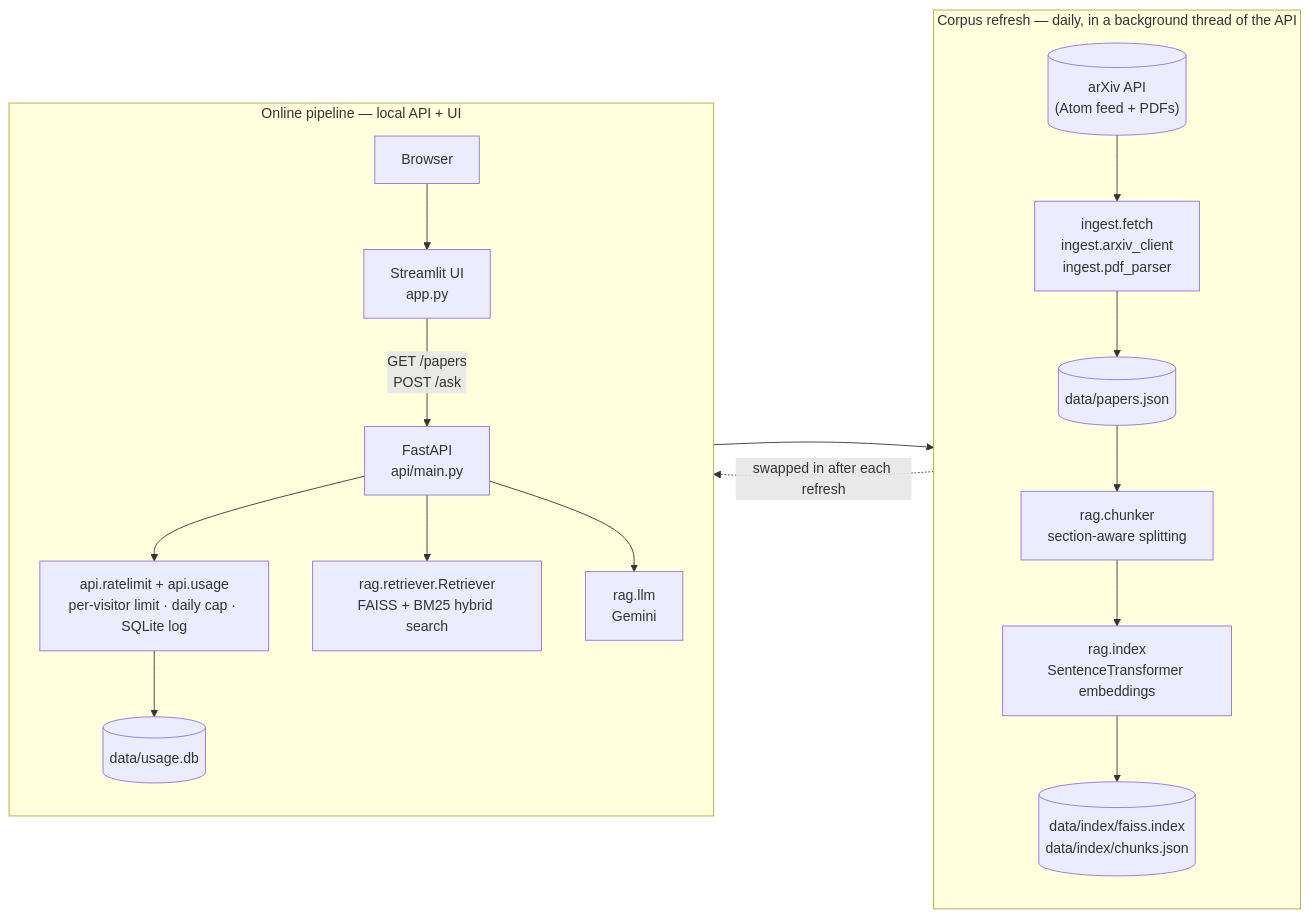
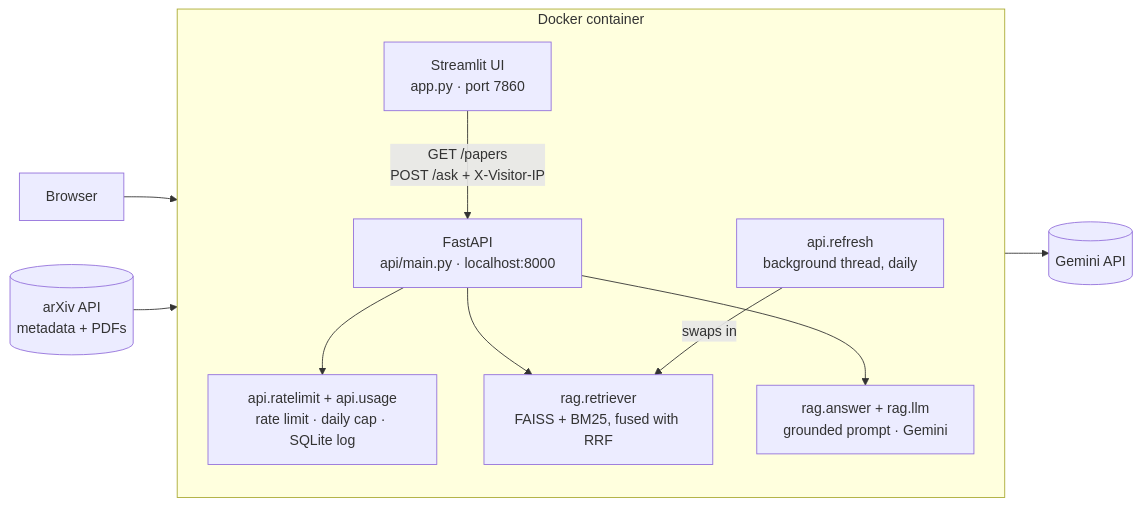
One commit to anastber/arxiv-research-radar changed the first of 2 diagrams in README.md. Above: the diagram before and after it, drawn with Mermaid. The commit also changed other lines of this file and 2 other files, not shown here.

First line of the commit message:
docs: rewrite README for the current architecture, drop unused files

````diff
--- a/README.md
+++ b/README.md
@@ -79,24 +39,14 @@
 ```mermaid
 flowchart LR
-    subgraph Offline["Corpus refresh — daily, in a background thread of the API"]
+    subgraph Container["Docker container"]
         direction TB
-        Arxiv[("arXiv API<br/>(Atom feed + PDFs)")] --> Fetch["ingest.fetch<br/>ingest.arxiv_client<br/>ingest.pdf_parser"]
-        Fetch --> Papers[("data/papers.json")]
-        Papers --> Chunk["rag.chunker<br/>section-aware splitting"]
-        Chunk --> Index["rag.index<br/>SentenceTransformer embeddings"]
-        Index --> Store[("data/index/faiss.index<br/>data/index/chunks.json")]
+        UI["Streamlit UI<br/>app.py · port 7860"] -->|"GET /papers<br/>POST /ask + X-Visitor-IP"| API["FastAPI<br/>api/main.py · localhost:8000"]
+        API --> Guard["api.ratelimit + api.usage<br/>rate limit · daily cap · SQLite log"]
+        API --> Retriever["rag.retriever<br/>FAISS + BM25, fused with RRF"]
+        API --> Answer["rag.answer + rag.llm<br/>grounded prompt · Gemini"]
+        Refresh["api.refresh<br/>background thread, daily"] -->|swaps in| Retriever
     end
-
-    subgraph Online["Online pipeline — local API + UI"]
-        direction TB
-        Browser["Browser"] --> UI["Streamlit UI<br/>app.py"]
-        UI -->|"GET /papers<br/>POST /ask"| API["FastAPI<br/>api/main.py"]
-        API --> Guard["api.ratelimit + api.usage<br/>per-visitor limit · daily cap · SQLite log"]
-        API --> Retriever["rag.retriever.Retriever<br/>FAISS + BM25 hybrid search"]
-        Retriever --> Store
-        API --> LLM["rag.llm<br/>Gemini"]
-        Guard --> UsageDB[("data/usage.db")]
-    end
-
-    Store -.swapped in after each refresh.-> Retriever
+    Browser["Browser"] --> UI
+    Arxiv[("arXiv API<br/>metadata + PDFs")] --> Refresh
+    Answer --> Gemini[("Gemini API")]
 ```
````
